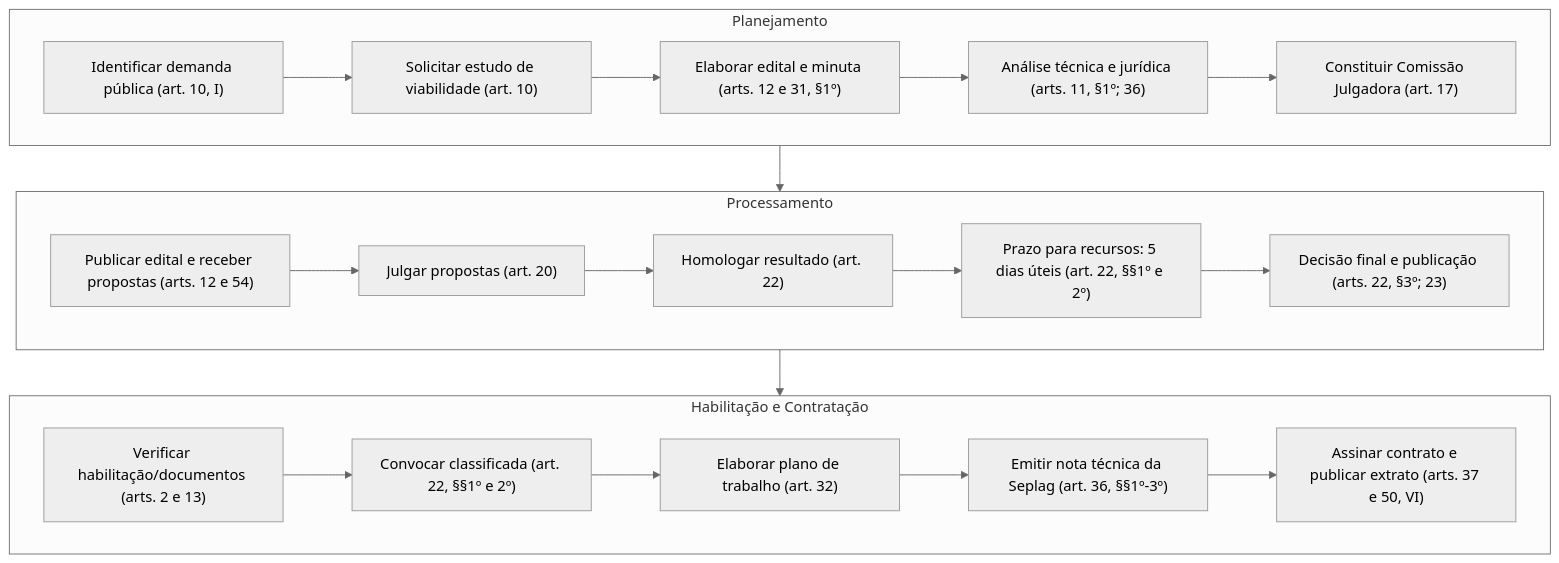
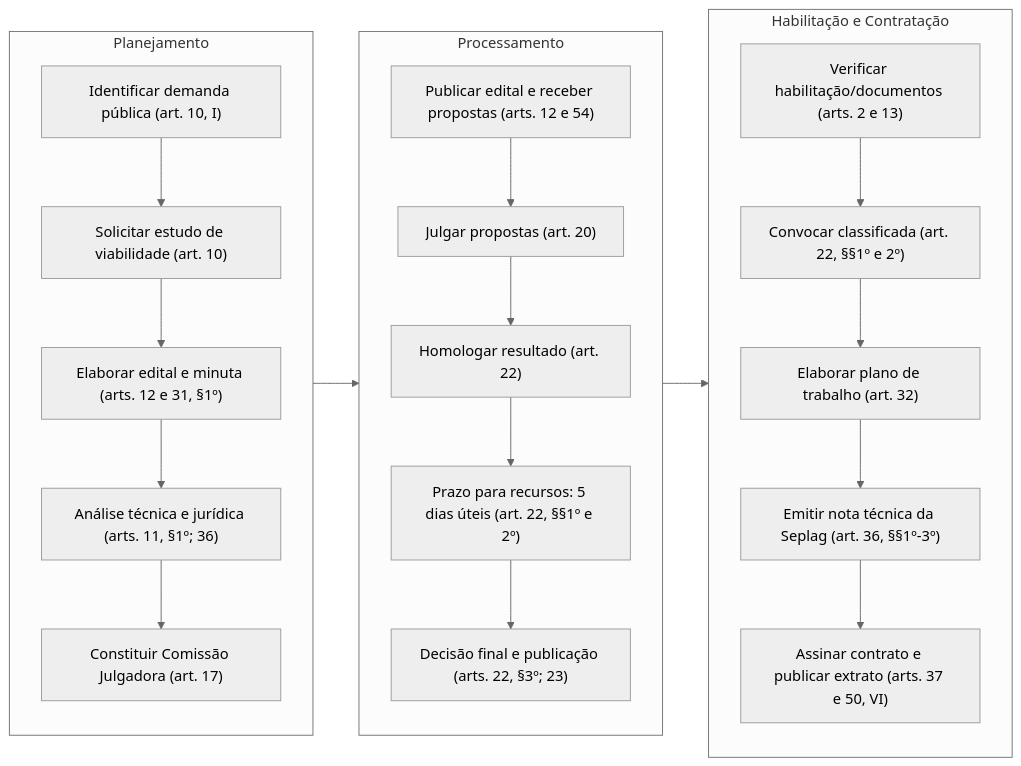
Before and after one commit to iepha-mg/manual.appi: the first of 2 diagrams in paginas/marcos_regulatorios/descentralizacao/OS/README.md, drawn with Mermaid (neutral theme).

```diff
--- a/paginas/marcos_regulatorios/descentralizacao/OS/README.md
+++ b/paginas/marcos_regulatorios/descentralizacao/OS/README.md
@@ -52,28 +52,28 @@
 <div class="mermaid">
-flowchart TD
+flowchart LR
     subgraph Planejamento
         A1["Identificar demanda pública (art. 10, I)"]
         A2["Solicitar estudo de viabilidade (art. 10)"]
         A3["Elaborar edital e minuta (arts. 12 e 31, §1º)"]
         A4["Análise técnica e jurídica (arts. 11, §1º; 36)"]
         A5["Constituir Comissão Julgadora (art. 17)"]
         A1 --> A2 --> A3 --> A4 --> A5
     end
     subgraph Processamento
         B1["Publicar edital e receber propostas (arts. 12 e 54)"]
         B2["Julgar propostas (art. 20)"]
         B3["Homologar resultado (art. 22)"]
         B4["Prazo para recursos: 5 dias úteis (art. 22, §§1º e 2º)"]
         B5["Decisão final e publicação (arts. 22, §3º; 23)"]
         B1 --> B2 --> B3 --> B4 --> B5
     end
     subgraph Habilitação ["Habilitação e Contratação"]
         C1["Verificar habilitação/documentos (arts. 2 e 13)"]
         C2["Convocar classificada (art. 22, §§1º e 2º)"]
         C3["Elaborar plano de trabalho (art. 32)"]
         C4["Emitir nota técnica da Seplag (art. 36, §§1º-3º)"]
         C5["Assinar contrato e publicar extrato (arts. 37 e 50, VI)"]
         C1 --> C2 --> C3 --> C4 --> C5
     end
     Planejamento --> Processamento --> Habilitação
 </div>
```
